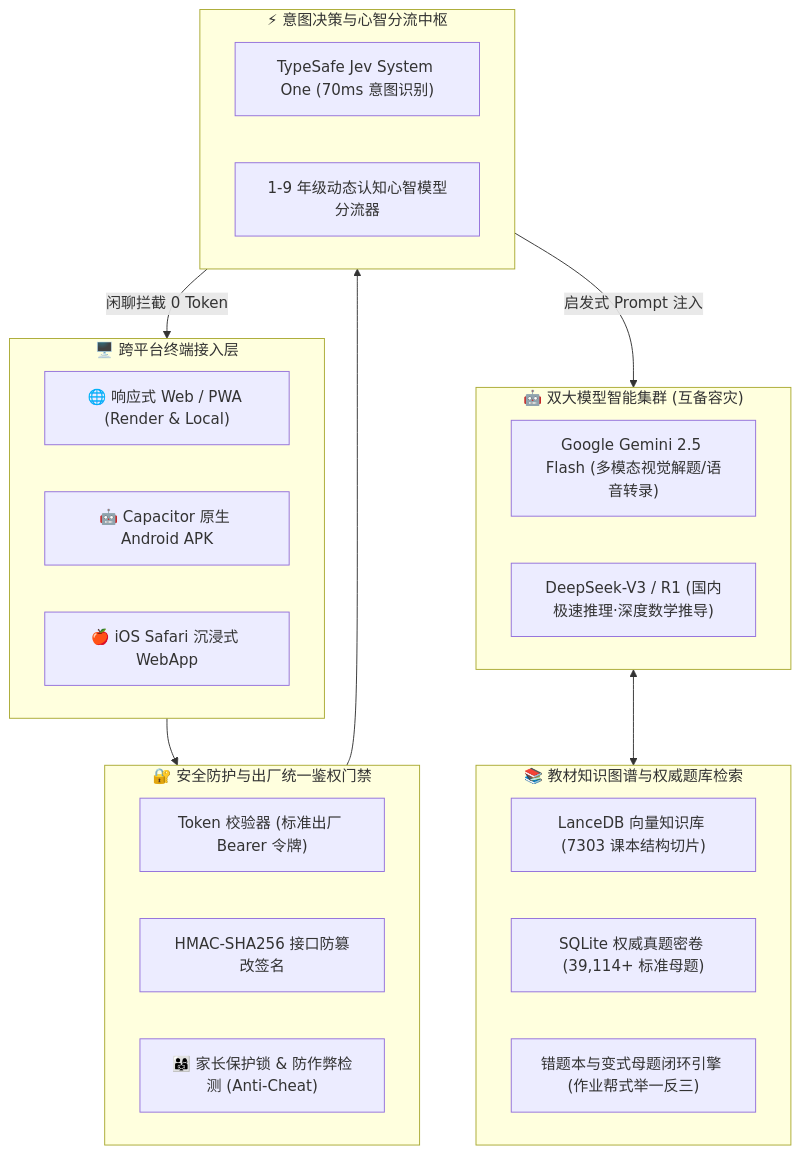
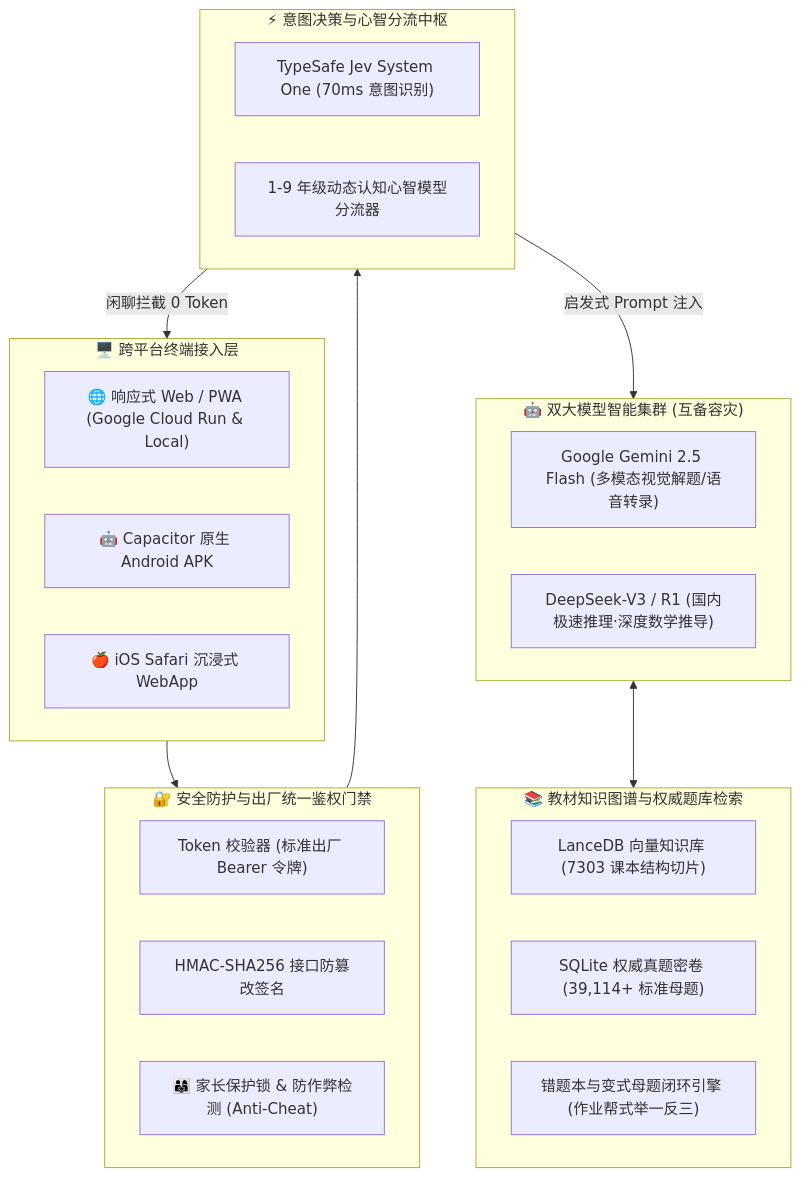
One commit to Zenglian990/AI_Tutor_Release changed the diagram in docs/ARCHITECTURE_K9.md. Above: the diagram before and after it, drawn with Mermaid. The commit also changed other lines of this file and 131 other files, not shown here.

First line of the commit message:
chore(cloud): migrate cloud deployment & documentation to Google Cloud Run (asia-east1)

````diff
--- a/docs/ARCHITECTURE_K9.md
+++ b/docs/ARCHITECTURE_K9.md
@@ -9,36 +9,36 @@
 ```mermaid
 graph TD
     subgraph ClientLayer["🖥️ 跨平台终端接入层"]
-        PWA["🌐 响应式 Web / PWA (Render & Local)"]
+        PWA["🌐 响应式 Web / PWA (Google Cloud Run & Local)"]
         AndroidApp["🤖 Capacitor 原生 Android APK"]
         iOSApp["🍎 iOS Safari 沉浸式 WebApp"]
     end
 
     subgraph SecurityGate["🔐 安全防护与出厂统一鉴权门禁"]
         AuthMiddleware["Token 校验器 (标准出厂 Bearer 令牌)"]
         SignatureMiddleware["HMAC-SHA256 接口防篡改签名"]
         ParentalGate["👨‍👩‍👧 家长保护锁 & 防作弊检测 (Anti-Cheat)"]
     end
 
     subgraph DecisionLayer["⚡ 意图决策与心智分流中枢"]
         JevEngine["TypeSafe Jev System One (70ms 意图识别)"]
         GradeRouter["1-9 年级动态认知心智模型分流器"]
     end
 
     subgraph LLMCluster["🤖 双大模型智能集群 (互备容灾)"]
         Gemini["Google Gemini 2.5 Flash (多模态视觉解题/语音转录)"]
         DeepSeek["DeepSeek-V3 / R1 (国内极速推理·深度数学推导)"]
     end
 
     subgraph RAGCluster["📚 教材知识图谱与权威题库检索"]
         LanceDB["LanceDB 向量知识库 (7303 课本结构切片)"]
         CanonicalDB["SQLite 权威真题密卷 (39,114+ 标准母题)"]
         MistakeDB["错题本与变式母题闭环引擎 (作业帮式举一反三)"]
     end
 
     ClientLayer --> SecurityGate
     SecurityGate --> DecisionLayer
     DecisionLayer -->|闲聊拦截 0 Token| ClientLayer
     DecisionLayer -->|启发式 Prompt 注入| LLMCluster
     LLMCluster <--> RAGCluster
 ```
````
